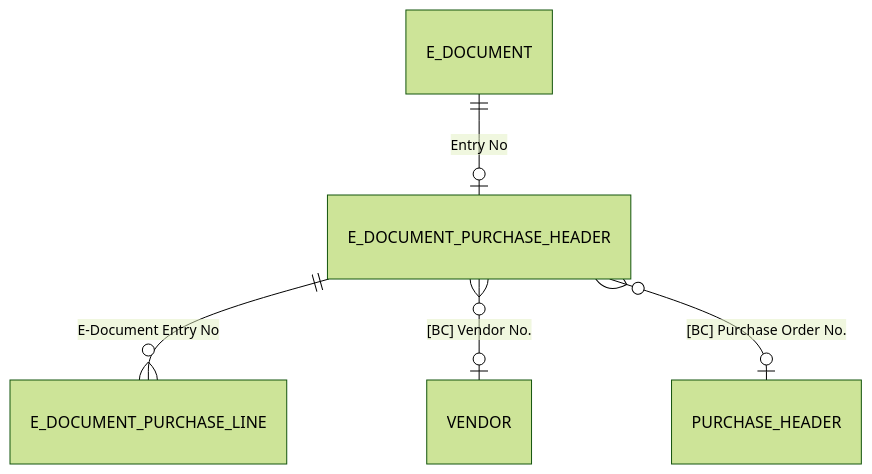
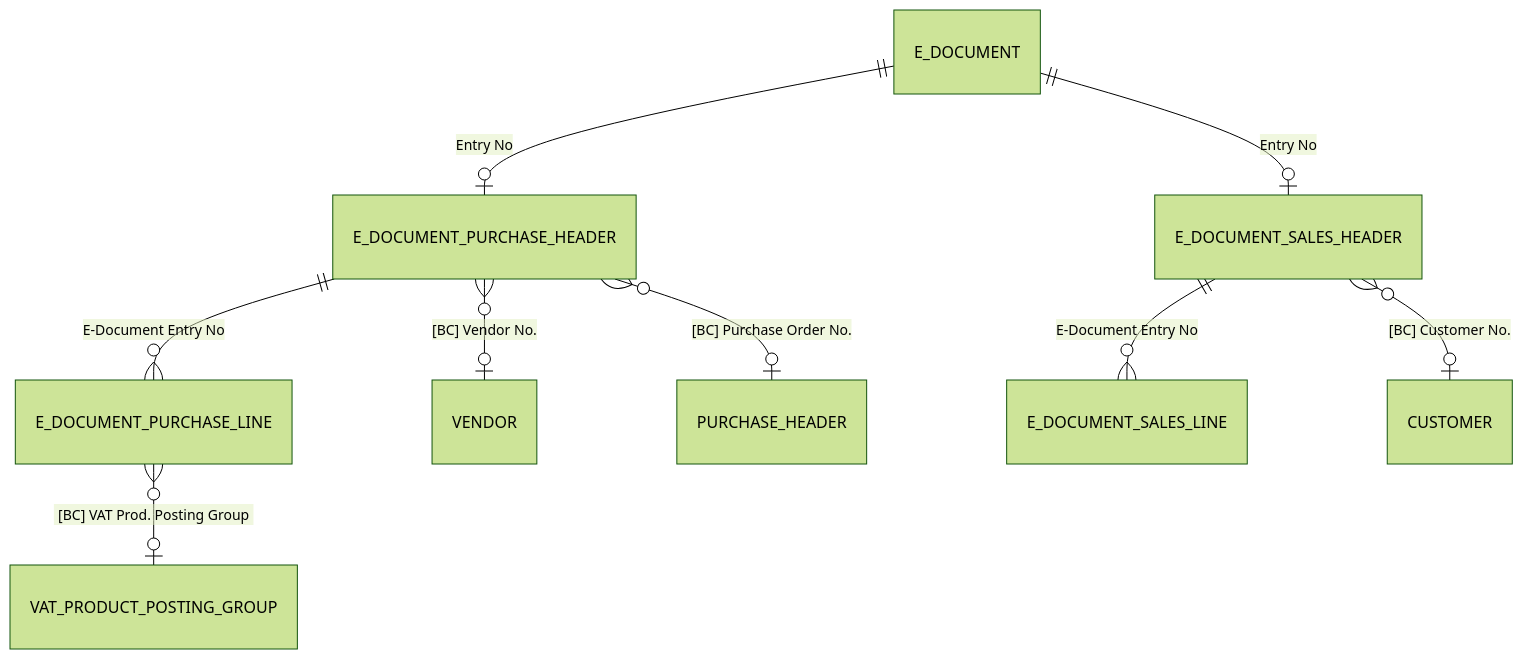
Before and after one commit to StefanMaron/MSDyn365BC.Sandbox.Code.History: the first of 6 diagrams in E-Document Core/src/Processing/Import/docs/data-model.md, drawn with Mermaid (forest theme). The commit also changed other lines of this file and 407 other files, not shown here.

````diff
--- a/E-Document Core/src/Processing/Import/docs/data-model.md
+++ b/E-Document Core/src/Processing/Import/docs/data-model.md
@@ -7,7 +9,11 @@
 ```mermaid
 erDiagram
     E_DOCUMENT ||--o| E_DOCUMENT_PURCHASE_HEADER : "Entry No"
     E_DOCUMENT_PURCHASE_HEADER ||--o{ E_DOCUMENT_PURCHASE_LINE : "E-Document Entry No"
     E_DOCUMENT_PURCHASE_HEADER }o--o| VENDOR : "[BC] Vendor No."
     E_DOCUMENT_PURCHASE_HEADER }o--o| PURCHASE_HEADER : "[BC] Purchase Order No."
+    E_DOCUMENT ||--o| E_DOCUMENT_SALES_HEADER : "Entry No"
+    E_DOCUMENT_SALES_HEADER ||--o{ E_DOCUMENT_SALES_LINE : "E-Document Entry No"
+    E_DOCUMENT_SALES_HEADER }o--o| CUSTOMER : "[BC] Customer No."
+    E_DOCUMENT_PURCHASE_LINE }o--o| VAT_PRODUCT_POSTING_GROUP : "[BC] VAT Prod. Posting Group"
 ```
````
